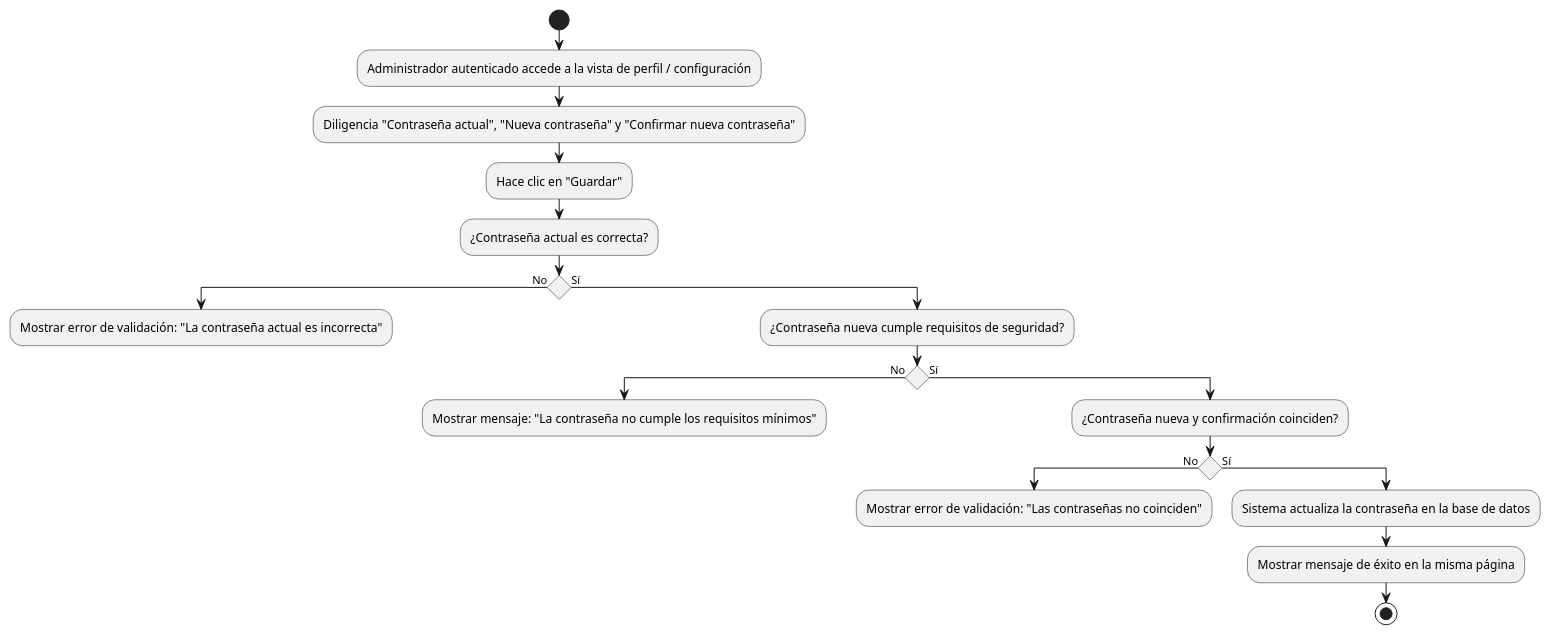
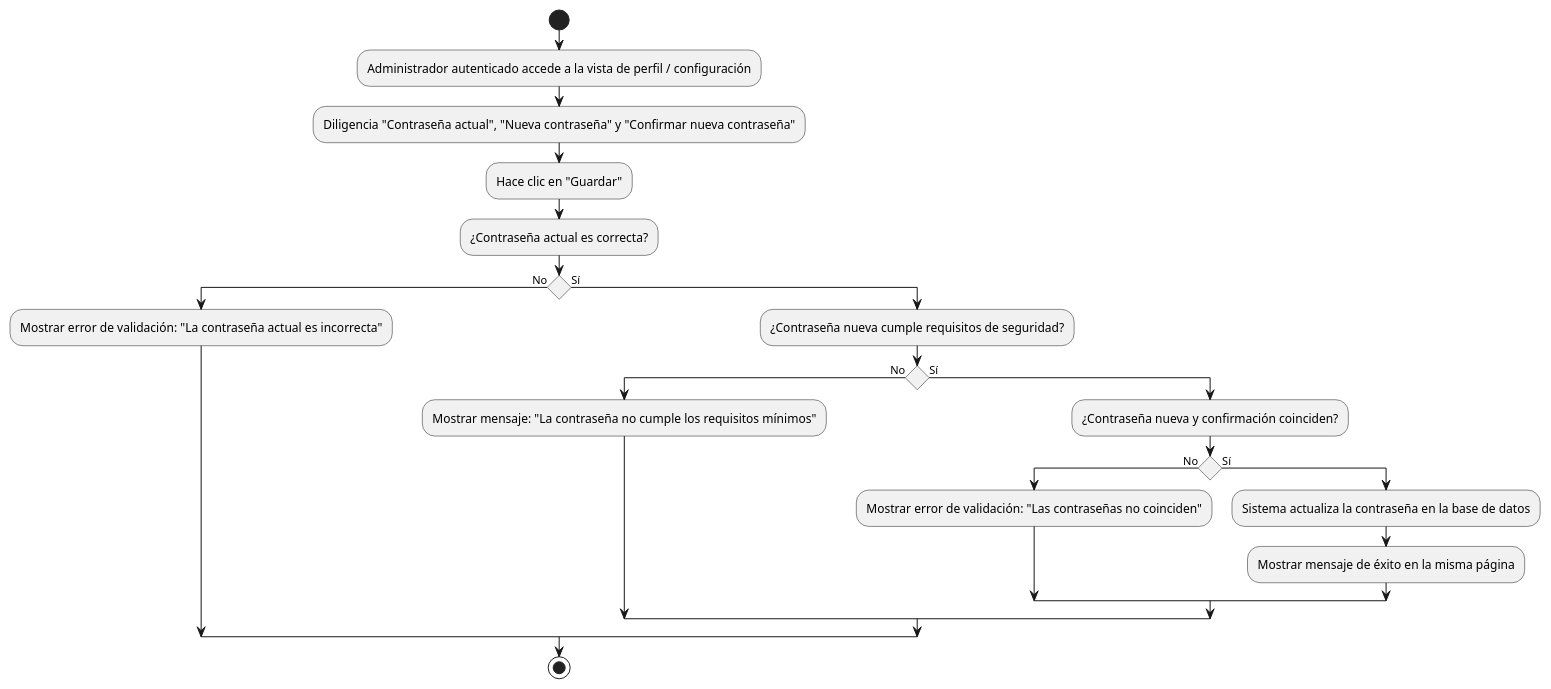
The diagram in document/diagrama_actividades/ADM/ADM-4.md (MasterErrorCLONE04/SIGERD.1.0), drawn with PlantUML before and after one commit. The commit also changed 28 other files, not shown here.

````diff
--- a/document/diagrama_actividades/ADM/ADM-4.md
+++ b/document/diagrama_actividades/ADM/ADM-4.md
@@ -18,34 +18,32 @@
 ```plantuml
 @startuml
 skinparam ConditionEndStyle hline
 
 start
 
 :Administrador autenticado accede a la vista de perfil / configuración;
 :Diligencia "Contraseña actual", "Nueva contraseña" y "Confirmar nueva contraseña";
 :Hace clic en "Guardar";
 
 :¿Contraseña actual es correcta?;
 if () then (No)
   :Mostrar error de validación: "La contraseña actual es incorrecta";
-  kill
 else (Sí)
   :¿Contraseña nueva cumple requisitos de seguridad?;
   if () then (No)
     :Mostrar mensaje: "La contraseña no cumple los requisitos mínimos";
-    kill
   else (Sí)
     :¿Contraseña nueva y confirmación coinciden?;
     if () then (No)
       :Mostrar error de validación: "Las contraseñas no coinciden";
-      kill
     else (Sí)
       :Sistema actualiza la contraseña en la base de datos;
       :Mostrar mensaje de éxito en la misma página;
-      stop
     endif
   endif
 endif
 
+stop
+
 @enduml
 ```
````
